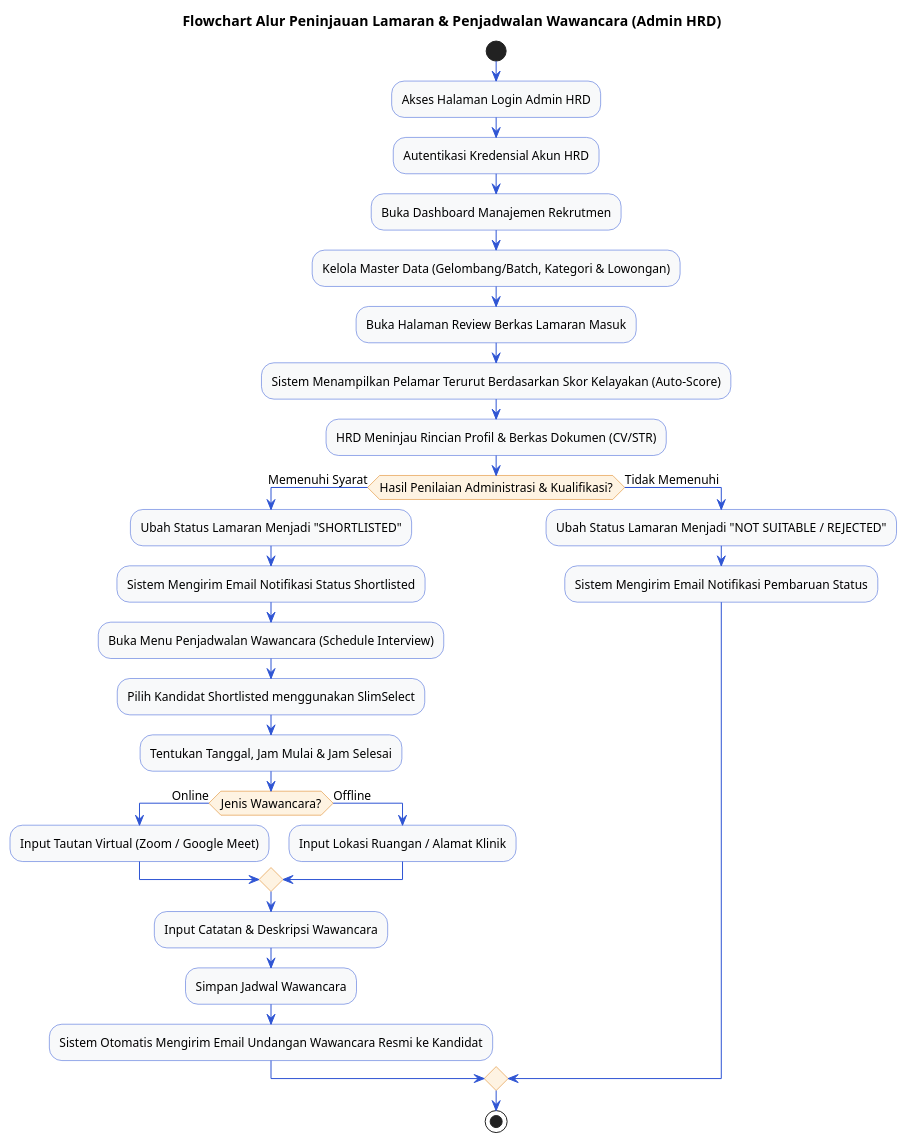
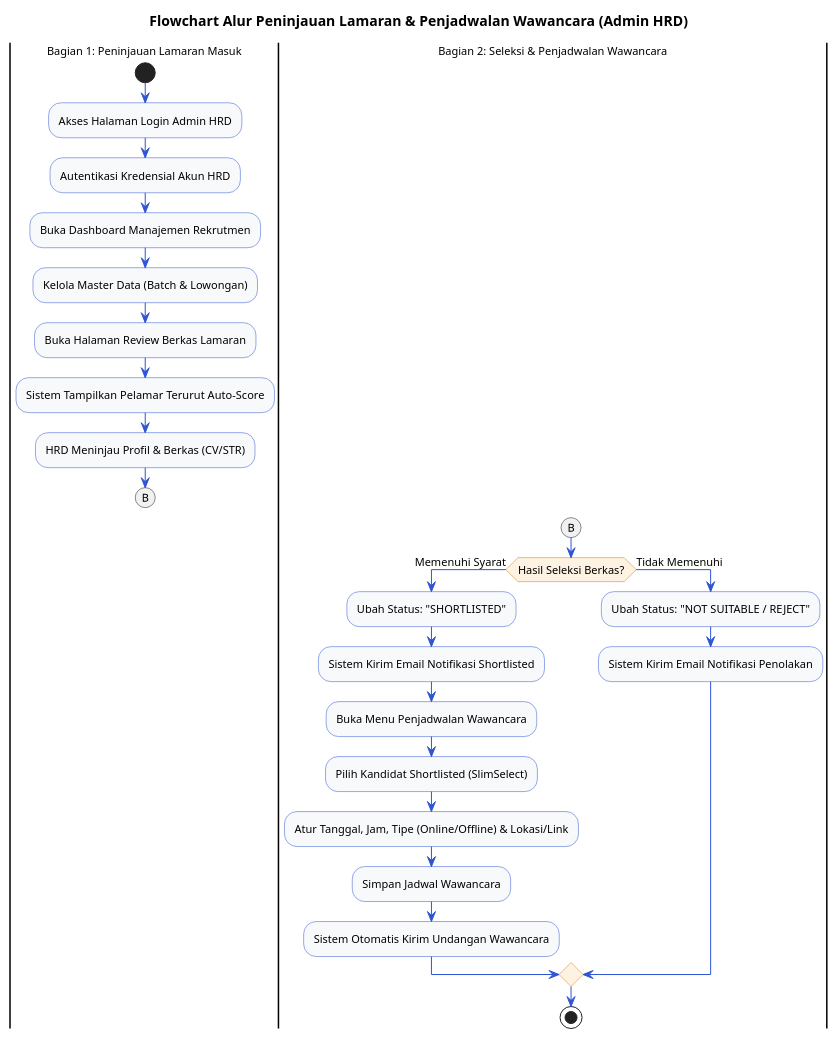
The diagram in public/assets/diagrams/VP/Flowchart_HRD.puml (Madtive-Studio/klinik_keluarga_career), drawn with PlantUML before and after one commit. The commit also changed 1 other file, not shown here.

Commit message:
refactor(diagrams): update Flowchart_Pelamar.puml and Flowchart_HRD.puml with 2-column side-by-side connector layout

```diff
--- a/public/assets/diagrams/VP/Flowchart_HRD.puml
+++ b/public/assets/diagrams/VP/Flowchart_HRD.puml
@@ -1,49 +1,44 @@
 @startuml
 skinparam defaultFontName Arial
-skinparam defaultFontSize 12
+skinparam defaultFontSize 11
 
 skinparam activity {
   BackgroundColor #F8F9FA
   BorderColor #2F55D4
   DiamondBackgroundColor #FEF3E2
   DiamondBorderColor #D97706
 }
 skinparam ArrowColor #2F55D4
 
 title Flowchart Alur Peninjauan Lamaran & Penjadwalan Wawancara (Admin HRD)
 
+|Bagian 1: Peninjauan Lamaran Masuk|
 start
 :Akses Halaman Login Admin HRD;
 :Autentikasi Kredensial Akun HRD;
+:Buka Dashboard Manajemen Rekrutmen;
+:Kelola Master Data (Batch & Lowongan);
+:Buka Halaman Review Berkas Lamaran;
+:Sistem Tampilkan Pelamar Terurut Auto-Score;
+:HRD Meninjau Profil & Berkas (CV/STR);
+(B)
+detach
 
-:Buka Dashboard Manajemen Rekrutmen;
-:Kelola Master Data (Gelombang/Batch, Kategori & Lowongan);
-
-:Buka Halaman Review Berkas Lamaran Masuk;
-:Sistem Menampilkan Pelamar Terurut Berdasarkan Skor Kelayakan (Auto-Score);
-:HRD Meninjau Rincian Profil & Berkas Dokumen (CV/STR);
-
-if (Hasil Penilaian Administrasi & Kualifikasi?) then (Memenuhi Syarat)
-  :Ubah Status Lamaran Menjadi "SHORTLISTED";
-  :Sistem Mengirim Email Notifikasi Status Shortlisted;
-  
-  :Buka Menu Penjadwalan Wawancara (Schedule Interview);
-  :Pilih Kandidat Shortlisted menggunakan SlimSelect;
-  :Tentukan Tanggal, Jam Mulai & Jam Selesai;
-  
-  if (Jenis Wawancara?) then (Online)
-    :Input Tautan Virtual (Zoom / Google Meet);
-  else (Offline)
-    :Input Lokasi Ruangan / Alamat Klinik;
-  endif
-  
-  :Input Catatan & Deskripsi Wawancara;
+|Bagian 2: Seleksi & Penjadwalan Wawancara|
+(B)
+if (Hasil Seleksi Berkas?) then (Memenuhi Syarat)
+  :Ubah Status: "SHORTLISTED";
+  :Sistem Kirim Email Notifikasi Shortlisted;
+  :Buka Menu Penjadwalan Wawancara;
+  :Pilih Kandidat Shortlisted (SlimSelect);
+  :Atur Tanggal, Jam, Tipe (Online/Offline) & Lokasi/Link;
   :Simpan Jadwal Wawancara;
-  :Sistem Otomatis Mengirim Email Undangan Wawancara Resmi ke Kandidat;
+  :Sistem Otomatis Kirim Undangan Wawancara;
 else (Tidak Memenuhi)
-  :Ubah Status Lamaran Menjadi "NOT SUITABLE / REJECTED";
-  :Sistem Mengirim Email Notifikasi Pembaruan Status;
+  :Ubah Status: "NOT SUITABLE / REJECT";
+  :Sistem Kirim Email Notifikasi Penolakan;
 endif
 
 stop
+
 @enduml
```
